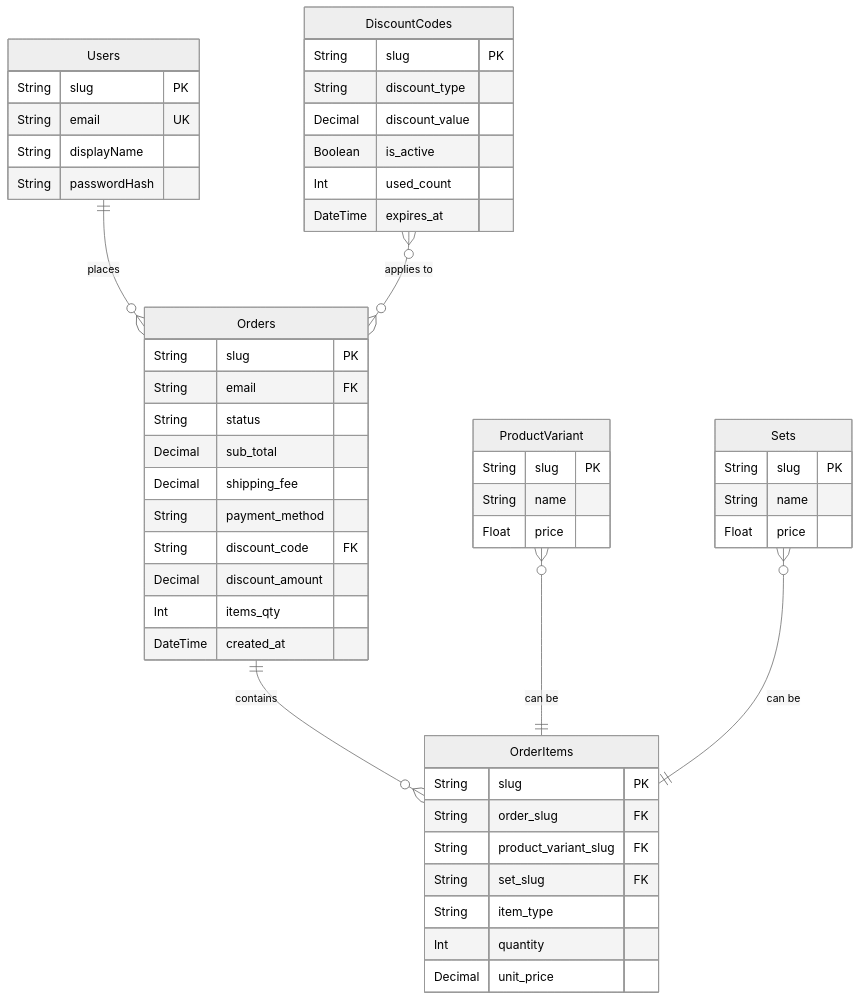
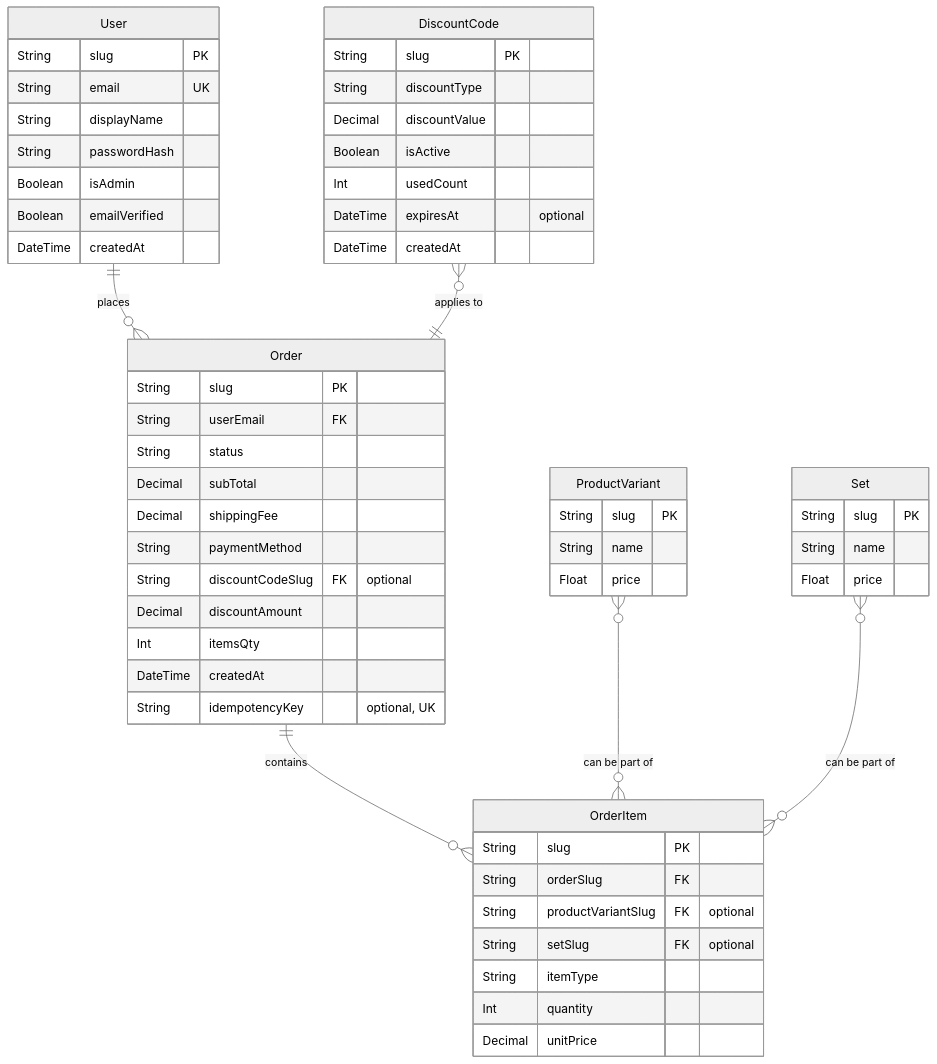
Before and after one commit to aymanbazyan/storeflow-docs: the first of 5 diagrams in docs/01-Overview/02-Tech-Stack-Concepts.md, drawn with Mermaid (neutral theme). The commit also changed other lines of this file and 4 other files, not shown here.

````diff
--- a/docs/01-Overview/02-Tech-Stack-Concepts.md
+++ b/docs/01-Overview/02-Tech-Stack-Concepts.md
@@ -25,59 +25,64 @@
 ```mermaid
 erDiagram
-    Users {
+    User {
         String slug PK
         String email UK
         String displayName
         String passwordHash
+        Boolean isAdmin
+        Boolean emailVerified
+        DateTime createdAt
     }
 
-    Orders {
+    Order {
         String slug PK
-        String email FK
+        String userEmail FK
         String status
-        Decimal sub_total
-        Decimal shipping_fee
-        String payment_method
-        String discount_code FK
-        Decimal discount_amount
-        Int items_qty
-        DateTime created_at
+        Decimal subTotal
+        Decimal shippingFee
+        String paymentMethod
+        String discountCodeSlug FK "optional"
+        Decimal discountAmount
+        Int itemsQty
+        DateTime createdAt
+        String idempotencyKey "optional, UK"
     }
 
-    OrderItems {
+    OrderItem {
         String slug PK
-        String order_slug FK
-        String product_variant_slug FK
-        String set_slug FK
-        String item_type
+        String orderSlug FK
+        String productVariantSlug FK "optional"
+        String setSlug FK "optional"
+        String itemType
         Int quantity
-        Decimal unit_price
+        Decimal unitPrice
     }
 
-    DiscountCodes {
+    DiscountCode {
         String slug PK
-        String discount_type
-        Decimal discount_value
-        Boolean is_active
-        Int used_count
-        DateTime expires_at
+        String discountType
+        Decimal discountValue
+        Boolean isActive
+        Int usedCount
+        DateTime expiresAt "optional"
+        DateTime createdAt
     }
 
     ProductVariant {
         String slug PK
         String name
         Float price
     }
 
-    Sets {
+    Set {
         String slug PK
         String name
         Float price
     }
 
-    Users ||--o{ Orders : "places"
-    Orders ||--o{ OrderItems : "contains"
-    DiscountCodes }o--o{ Orders : "applies to"
-    ProductVariant }o--|| OrderItems : "can be"
-    Sets }o--|| OrderItems : "can be"
+    User ||--o{ Order : "places"
+    Order ||--o{ OrderItem : "contains"
+    DiscountCode }o--|| Order : "applies to"
+    ProductVariant }o--o{ OrderItem : "can be part of"
+    Set }o--o{ OrderItem : "can be part of"
 ```
````
